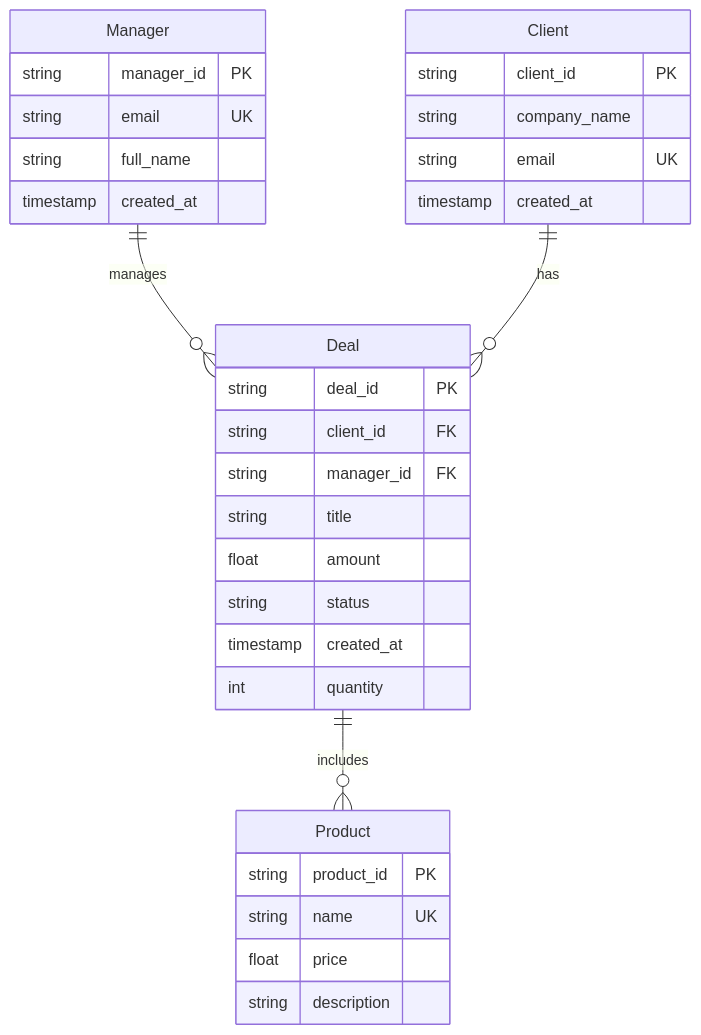
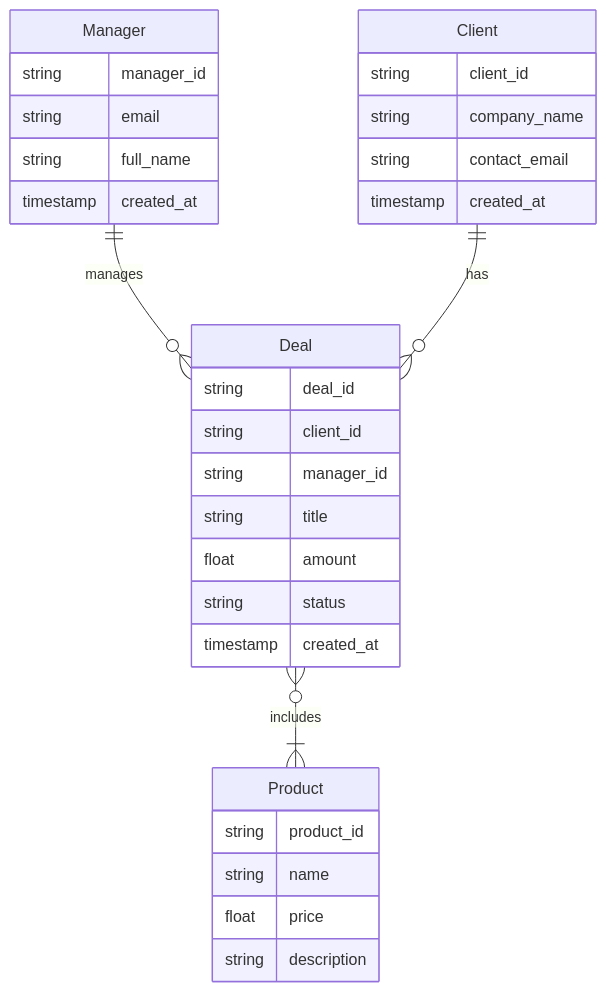
One commit to VitalityTech/SRMA_Labs changed the diagram in lab1/ai/prompt-2.md. Above: the diagram before and after it, drawn with Mermaid. The commit also changed other lines of this file and 6 other files, not shown here.

Commit message:
fix(lab1): rework spec by hand, real AI prompt trail, short DEFENSE, no PK/FK in ER model

````diff
--- a/lab1/ai/prompt-2.md
+++ b/lab1/ai/prompt-2.md
@@ -39,35 +39,34 @@
 ```mermaid
 erDiagram
     Manager ||--o{ Deal : manages
     Client ||--o{ Deal : has
-    Deal ||--o{ Product : includes
+    Deal }o--|{ Product : includes
 
     Manager {
-        string manager_id PK
-        string email UK
+        string manager_id
+        string email
         string full_name
         timestamp created_at
     }
     Client {
-        string client_id PK
+        string client_id
         string company_name
-        string email UK
+        string contact_email
         timestamp created_at
     }
     Deal {
-        string deal_id PK
-        string client_id FK
-        string manager_id FK
+        string deal_id
+        string client_id
+        string manager_id
         string title
         float amount
         string status
         timestamp created_at
-        int quantity
     }
     Product {
-        string product_id PK
-        string name UK
+        string product_id
+        string name
         float price
         string description
     }
 ```
````
